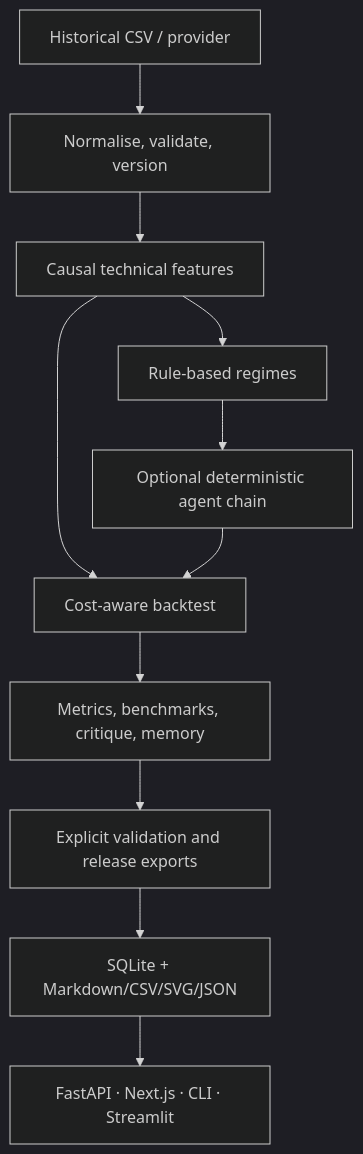
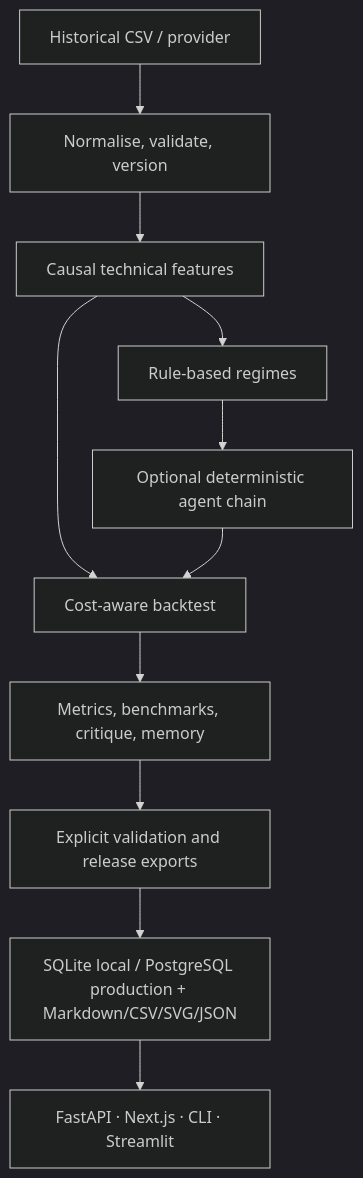
The diagram in README.md (Aryanbbc/FinAgent), drawn with Mermaid (dark theme) before and after one commit. The commit also changed other lines of this file and 34 other files, not shown here.

Commit message:
feat: add PostgreSQL production persistence

````diff
--- a/README.md
+++ b/README.md
@@ -149,13 +149,13 @@
 ```mermaid
 flowchart TD
   data[Historical CSV / provider] --> quality[Normalise, validate, version]
   quality --> features[Causal technical features]
   features --> regimes[Rule-based regimes]
   regimes --> agents[Optional deterministic agent chain]
   features --> backtest[Cost-aware backtest]
   agents --> backtest
   backtest --> evidence[Metrics, benchmarks, critique, memory]
   evidence --> validation[Explicit validation and release exports]
-  validation --> storage[SQLite + Markdown/CSV/SVG/JSON]
+  validation --> storage[SQLite local / PostgreSQL production + Markdown/CSV/SVG/JSON]
   storage --> surfaces[FastAPI · Next.js · CLI · Streamlit]
 ```
````
